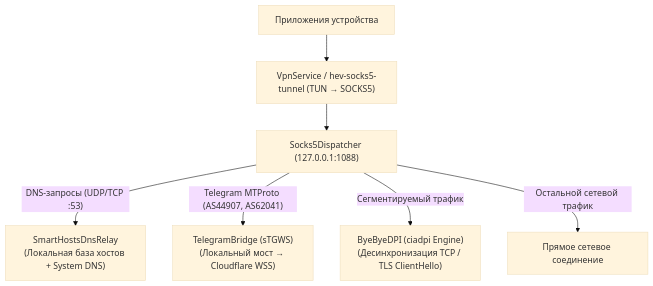
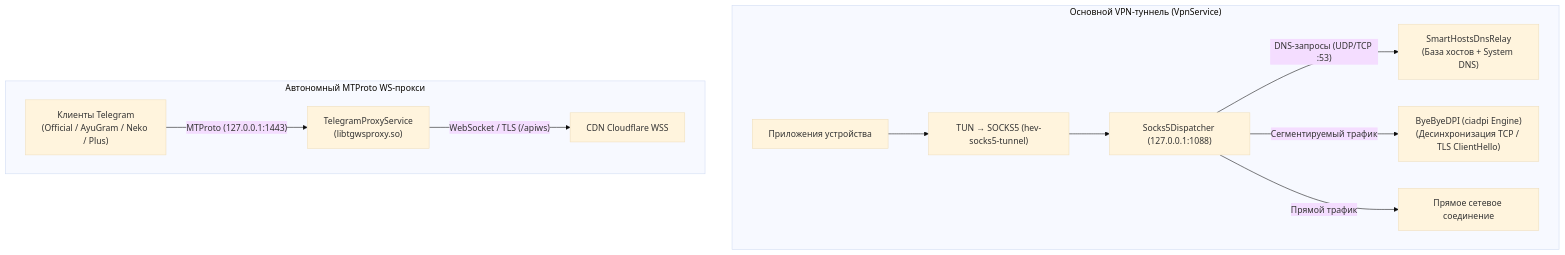
One commit to ntvampire/MultiBypass changed the diagram in README.md. Above: the diagram before and after it, drawn with Mermaid (base theme). The commit also changed other lines of this file, not shown here.

Commit message:
docs: synchronize README architecture with v3.1.1 stable Telegram proxy

````diff
--- a/README.md
+++ b/README.md
@@ -39,10 +39,15 @@
 ```mermaid
 flowchart TD
-    Apps["Приложения устройства"] --> TUN["VpnService / hev-socks5-tunnel (TUN → SOCKS5)"]
-    TUN --> Disp["Socks5Dispatcher (127.0.0.1:1088)"]
+    subgraph VPN["Основной VPN-туннель (VpnService)"]
+        Apps["Приложения устройства"] --> TUN["TUN → SOCKS5 (hev-socks5-tunnel)"]
+        TUN --> Disp["Socks5Dispatcher (127.0.0.1:1088)"]
+        Disp -->|"DNS-запросы (UDP/TCP :53)"| DNS["SmartHostsDnsRelay\n(База хостов + System DNS)"]
+        Disp -->|"Сегментируемый трафик"| AntiDPI["ByeByeDPI (ciadpi Engine)\n(Десинхронизация TCP / TLS ClientHello)"]
+        Disp -->|"Прямой трафик"| Direct["Прямое сетевое соединение"]
+    end
 
-    Disp -->|"DNS-запросы (UDP/TCP :53)"| DNS["SmartHostsDnsRelay\n(Локальная база хостов + System DNS)"]
-    Disp -->|"Telegram MTProto (AS44907, AS62041)"| TG["TelegramBridge (sTGWS)\n(Локальный мост → Cloudflare WSS)"]
-    Disp -->|"Сегментируемый трафик"| AntiDPI["ByeByeDPI (ciadpi Engine)\n(Десинхронизация TCP / TLS ClientHello)"]
-    Disp -->|"Остальной сетевой трафик"| Direct["Прямое сетевое соединение"]
+    subgraph TGProxy["Автономный MTProto WS-прокси"]
+        TGApp["Клиенты Telegram\n(Official / AyuGram / Neko / Plus)"] -->|"MTProto (127.0.0.1:1443)"| TGSvc["TelegramProxyService\n(libtgwsproxy.so)"]
+        TGSvc -->|"WebSocket / TLS (/apiws)"| CF["CDN Cloudflare WSS"]
+    end
 ```
````
